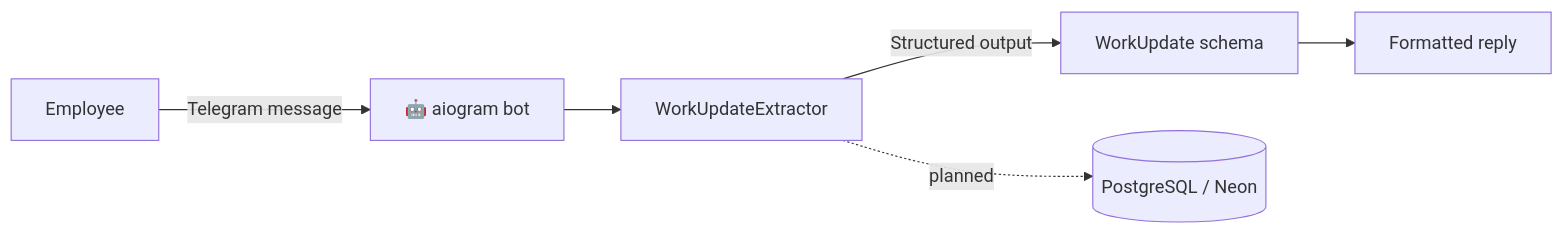
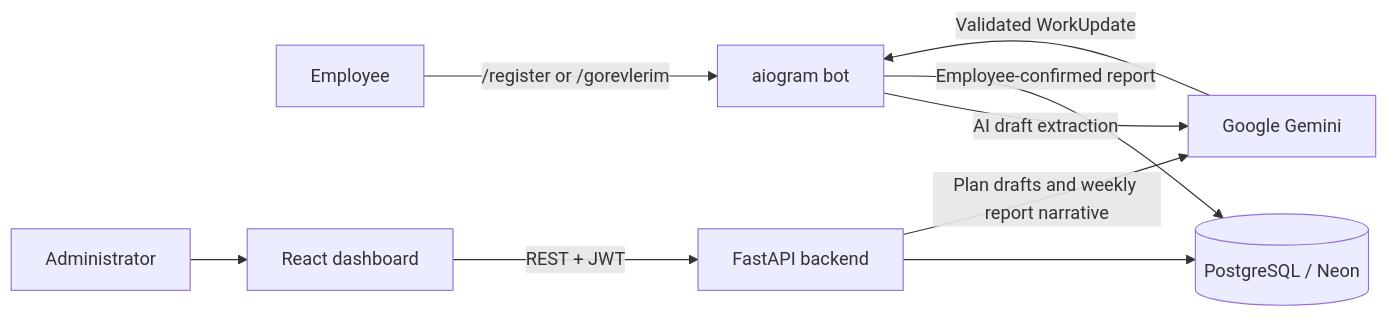
One commit to dabbitz/weekly-worker-tracker changed the first of 2 diagrams in README.md. Above: the diagram before and after it, drawn with Mermaid. The commit also changed other lines of this file and 1 other file, not shown here.

````diff
--- a/README.md
+++ b/README.md
@@ -44,8 +74,11 @@
 ```mermaid
 flowchart LR
-    A[Employee] -->|Telegram message| B[🤖 aiogram bot]
-    B --> C[WorkUpdateExtractor]
-    C -->|Structured output| D[WorkUpdate schema]
-    D --> E[Formatted reply]
-    C -.->|planned| F[(PostgreSQL / Neon)]
+    E[Employee] -->|/register or /gorevlerim| B[aiogram bot]
+    B -->|AI draft extraction| G[Google Gemini]
+    G -->|Validated WorkUpdate| B
+    B -->|Employee-confirmed report| DB[(PostgreSQL / Neon)]
+    A[Administrator] --> D[React dashboard]
+    D -->|REST + JWT| API[FastAPI backend]
+    API --> DB
+    API -->|Plan drafts and weekly report narrative| G
 ```
````
